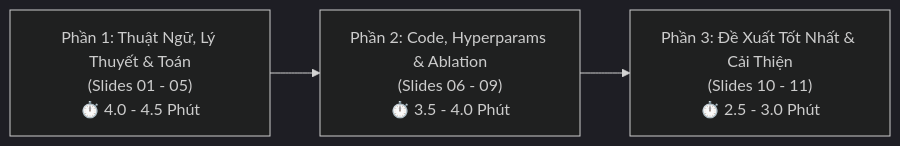
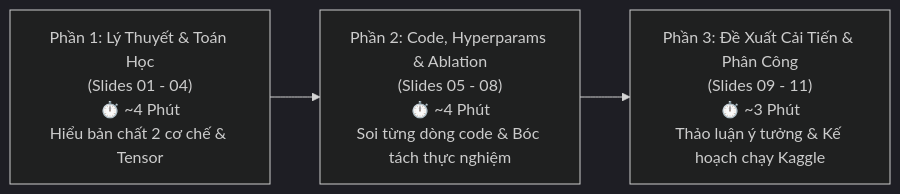
One commit to snowflake-vibing/Project-Experimental-TiDE changed the diagram in tasks-Hieu/presentation/slide/script_thuyet_trinh_tung_slide.md. Above: the diagram before and after it, drawn with Mermaid (dark theme). The commit also changed other lines of this file, not shown here.

````diff
--- a/tasks-Hieu/presentation/slide/script_thuyet_trinh_tung_slide.md
+++ b/tasks-Hieu/presentation/slide/script_thuyet_trinh_tung_slide.md
@@ -14,5 +15,5 @@
 ```mermaid
 flowchart LR
-    P1["Phần 1: Thuật Ngữ, Lý Thuyết & Toán\n(Slides 01 - 05)\n⏱️ 4.0 - 4.5 Phút"] --> P2["Phần 2: Code, Hyperparams & Ablation\n(Slides 06 - 09)\n⏱️ 3.5 - 4.0 Phút"]
-    P2 --> P3["Phần 3: Đề Xuất Tốt Nhất & Cải Thiện\n(Slides 10 - 11)\n⏱️ 2.5 - 3.0 Phút"]
+    P1["Phần 1: Lý Thuyết & Toán Học\n(Slides 01 - 04)\n⏱️ ~4 Phút\nHiểu bản chất 2 cơ chế & Tensor"] --> P2["Phần 2: Code, Hyperparams & Ablation\n(Slides 05 - 08)\n⏱️ ~4 Phút\nSoi từng dòng code & Bóc tách thực nghiệm"]
+    P2 --> P3["Phần 3: Đề Xuất Cải Tiến & Phân Công\n(Slides 09 - 11)\n⏱️ ~3 Phút\nThảo luận ý tưởng & Kế hoạch chạy Kaggle"]
 ```
````
